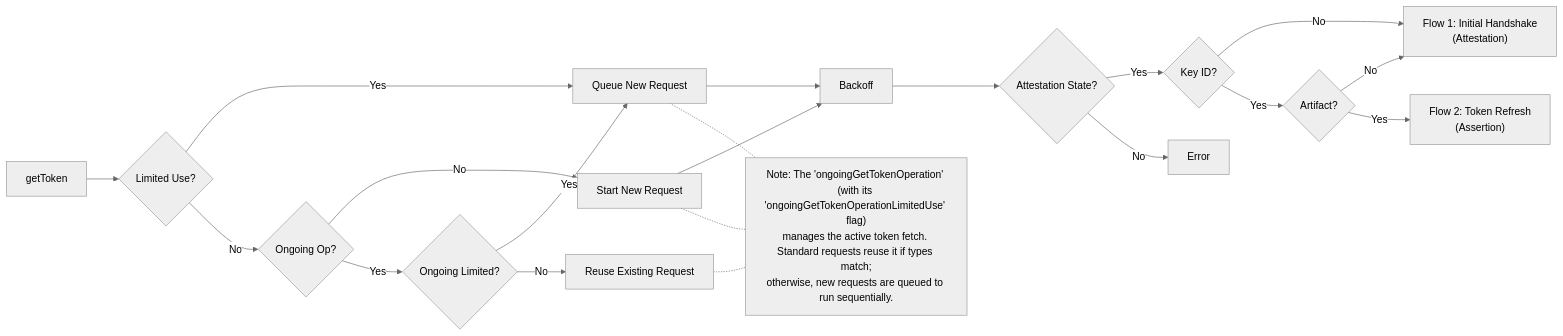
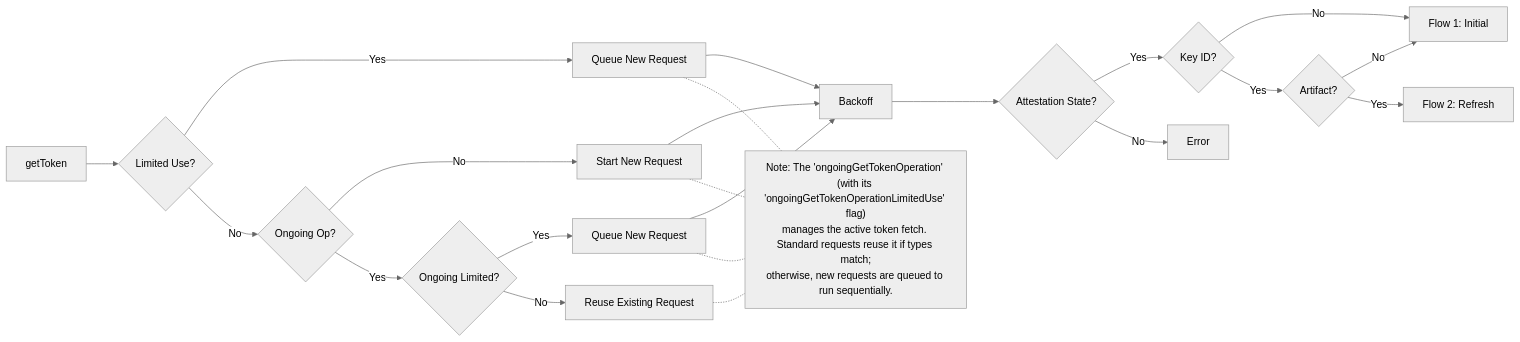
One commit to google/app-check changed the first of 4 diagrams in docs/providers/app-attest.md. Above: the diagram before and after it, drawn with Mermaid (neutral theme).

````diff
--- a/docs/providers/app-attest.md
+++ b/docs/providers/app-attest.md
@@ -31,33 +31,35 @@
 ```mermaid
-%%{init: {"flowchart": {"diagramPadding": 140}}}%%
+%%{init: {"flowchart": {"diagramPadding": 130}}}%%
 flowchart LR
     Start[getToken] --> CheckUse{Limited Use?}
     
-    CheckUse -- Yes --> Queue[Queue New Request]
+    CheckUse -- Yes --> Queue1[Queue New Request]
     CheckUse -- No --> Coalesce{Ongoing Op?}
     
     Coalesce -- No --> StartNew[Start New Request]
     Coalesce -- Yes --> CheckOngoing{Ongoing Limited?}
     
-    CheckOngoing -- Yes --> Queue
+    CheckOngoing -- Yes --> Queue2[Queue New Request]
     CheckOngoing -- No --> Reuse[Reuse Existing Request]
     
-    Queue --> Backoff
-    StartNew --> Backoff[Backoff]
+    Queue1 --> Backoff[Backoff]
+    Queue2 --> Backoff
+    StartNew --> Backoff
     
     Backoff --> StateCheck{Attestation State?}
     
     StateCheck -->|Yes| KeyCheck{Key ID?}
     
-    KeyCheck -- No --> Flow1["Flow 1: Initial Handshake <br/> (Attestation)"]
+    KeyCheck -- No --> Flow1[Flow 1: Initial]
     KeyCheck -- Yes --> ArtifactCheck{Artifact?}
     
     ArtifactCheck -- No --> Flow1
-    ArtifactCheck -- Yes --> Flow2["Flow 2: Token Refresh <br/> (Assertion)"]
+    ArtifactCheck -- Yes --> Flow2[Flow 2: Refresh]
 
     StateCheck -->|No| Error[Error]
 
     Reuse -.- Footnote["Note: The 'ongoingGetTokenOperation' (with its 'ongoingGetTokenOperationLimitedUse' flag)<br/>manages the active token fetch. Standard requests reuse it if types match;<br/>otherwise, new requests are queued to run sequentially."]
-    Queue -.- Footnote
+    Queue1 -.- Footnote
+    Queue2 -.- Footnote
     StartNew -.- Footnote
 ```
````
